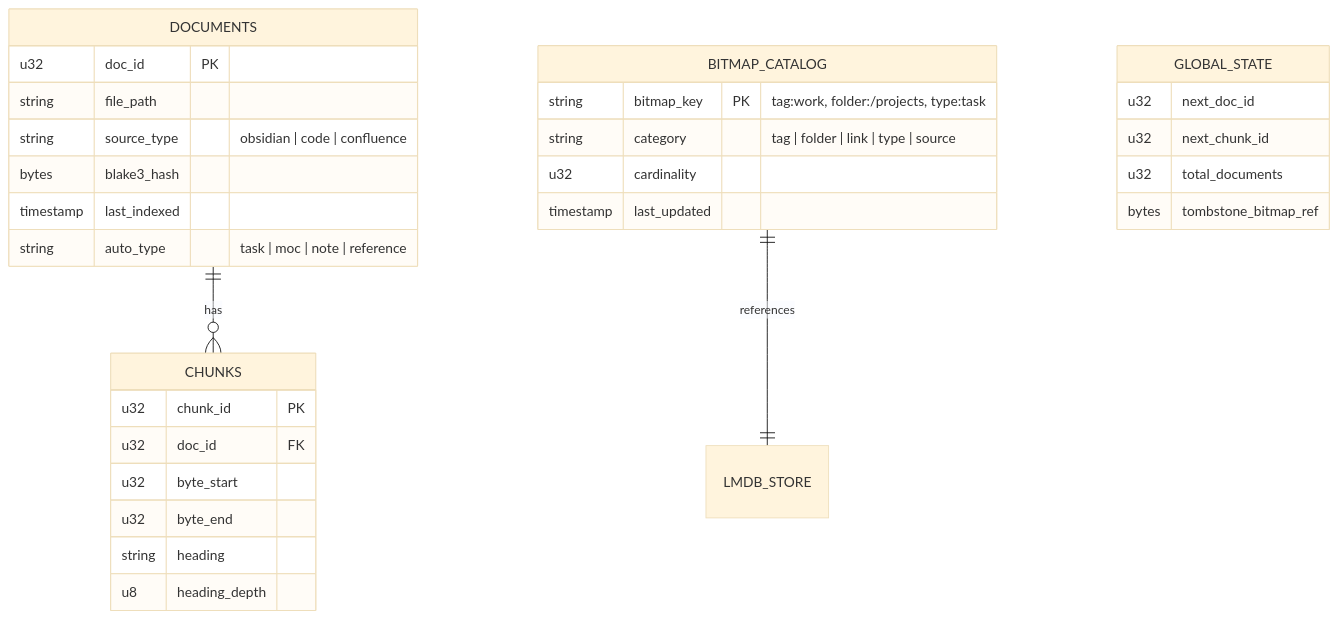
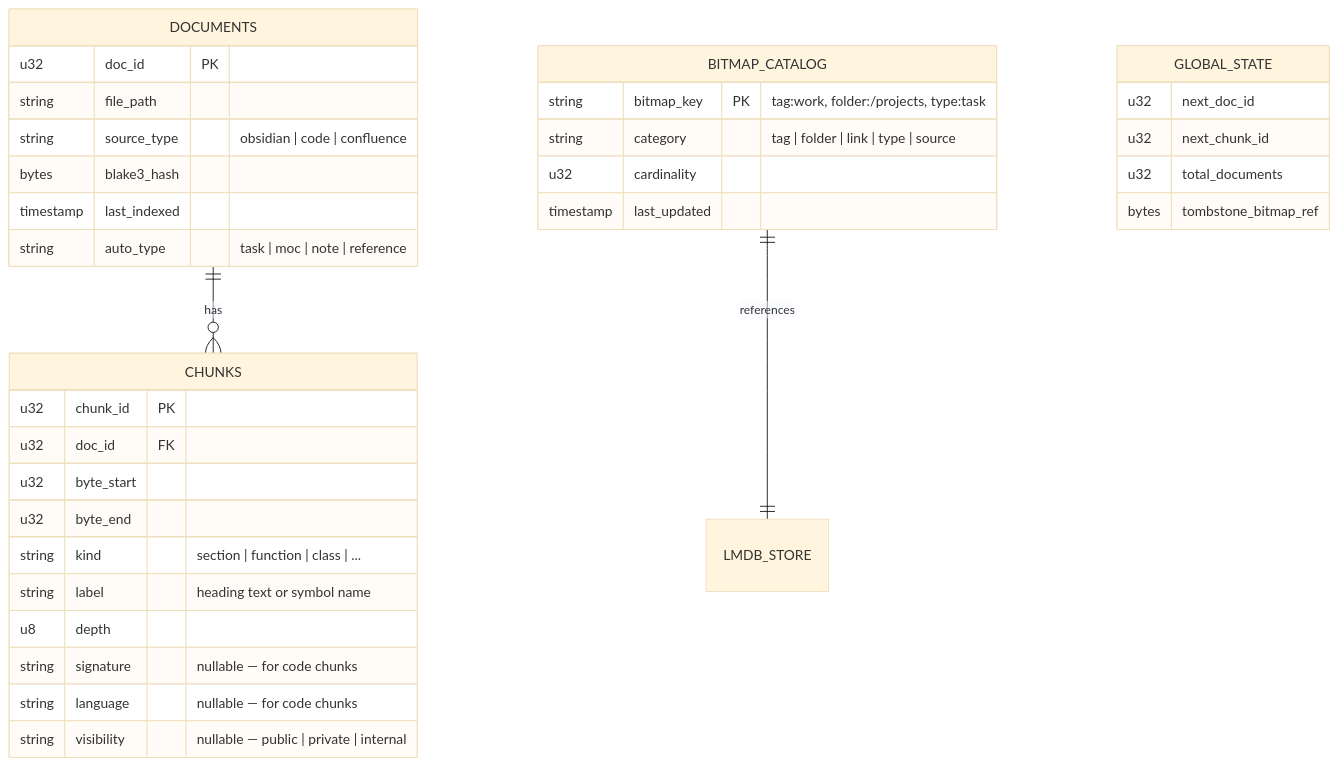
Before and after one commit to locusd-ai/locus: the fourth of 9 diagrams in docs/architecture/001-system-overview.md, drawn with Mermaid (base theme). The commit also changed other lines of this file and 1 other file, not shown here.

Commit message:
docs(arch): align diagrams across overview and contracts

````diff
--- a/docs/architecture/001-system-overview.md
+++ b/docs/architecture/001-system-overview.md
@@ -165,37 +167,41 @@
 ```mermaid
 erDiagram
     DOCUMENTS {
         u32 doc_id PK
         string file_path
         string source_type "obsidian | code | confluence"
         bytes blake3_hash
         timestamp last_indexed
         string auto_type "task | moc | note | reference"
     }
 
     CHUNKS {
         u32 chunk_id PK
         u32 doc_id FK
         u32 byte_start
         u32 byte_end
-        string heading
-        u8 heading_depth
+        string kind "section | function | class | ..."
+        string label "heading text or symbol name"
+        u8 depth
+        string signature "nullable — for code chunks"
+        string language "nullable — for code chunks"
+        string visibility "nullable — public | private | internal"
     }
 
     BITMAP_CATALOG {
         string bitmap_key PK "tag:work, folder:/projects, type:task"
         string category "tag | folder | link | type | source"
         u32 cardinality
         timestamp last_updated
     }
 
     GLOBAL_STATE {
         u32 next_doc_id
         u32 next_chunk_id
         u32 total_documents
         bytes tombstone_bitmap_ref
     }
 
     DOCUMENTS ||--o{ CHUNKS : "has"
     BITMAP_CATALOG ||--|| LMDB_STORE : "references"
 ```
````
